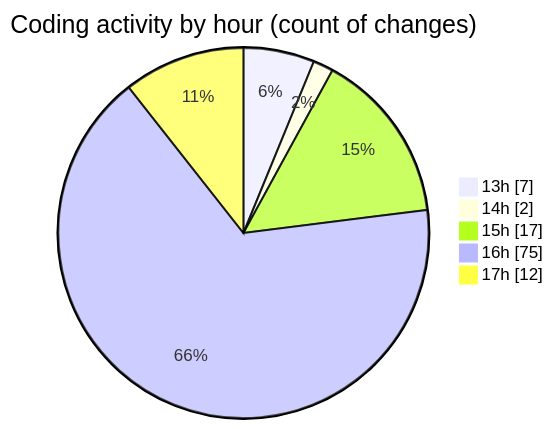
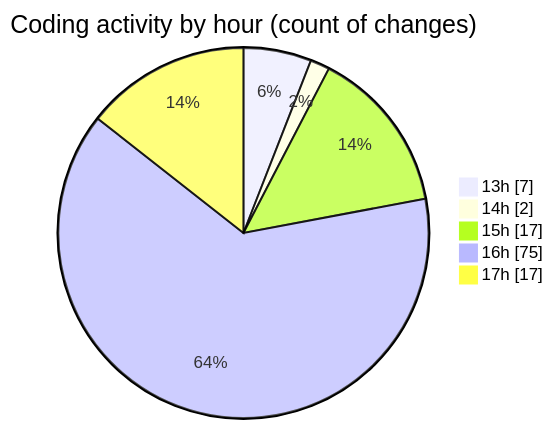
The second of 2 diagrams in 2025-02-24/micros/README.md (charlie-sans/code-tracking), drawn with Mermaid before and after one commit. The commit also changed other lines of this file and 1 other file, not shown here.

````diff
--- a/2025-02-24/micros/README.md
+++ b/2025-02-24/micros/README.md
@@ -46,9 +46,9 @@
 ```mermaid
 pie showData
 title Coding activity by hour (count of changes)
 "13h" : 7
 "14h" : 2
 "15h" : 17
 "16h" : 75
-"17h" : 12
+"17h" : 17
 ```
````
